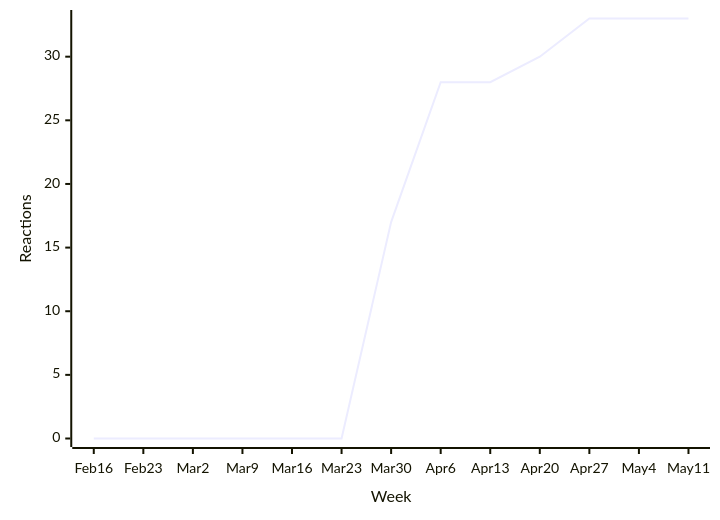
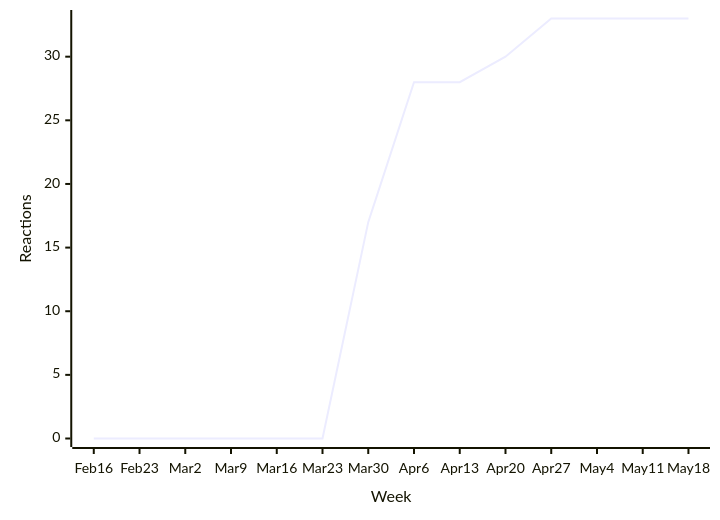
One commit to loic-sharma/github-insights changed the third of 49 diagrams in README.md. Above: the diagram before and after it, drawn with Mermaid. The commit also changed other lines of this file and 3 other files, not shown here.

````diff
--- a/README.md
+++ b/README.md
@@ -373,6 +373,6 @@
   ```mermaid
   xychart-beta
-    x-axis "Week" [Feb 16, Feb 23, Mar 2, Mar 9, Mar 16, Mar 23, Mar 30, Apr 6, Apr 13, Apr 20, Apr 27, May 4, May 11]
+    x-axis "Week" [Feb 16, Feb 23, Mar 2, Mar 9, Mar 16, Mar 23, Mar 30, Apr 6, Apr 13, Apr 20, Apr 27, May 4, May 11, May 18]
     y-axis "Reactions"
-    line [0, 0, 0, 0, 0, 0, 17, 28, 28, 30, 33, 33, 33]
+    line [0, 0, 0, 0, 0, 0, 17, 28, 28, 30, 33, 33, 33, 33]
   ```
````
